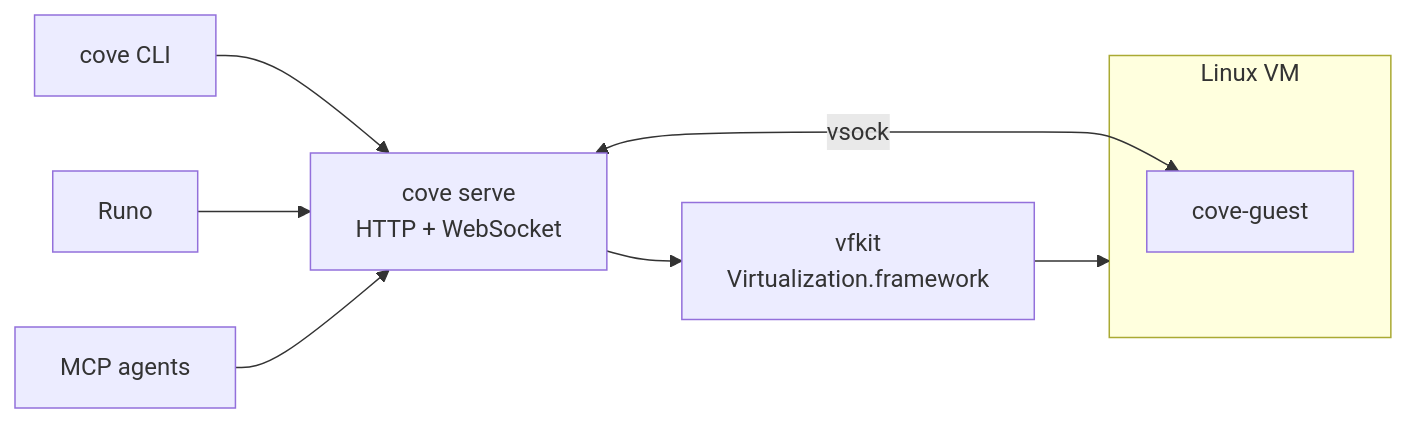
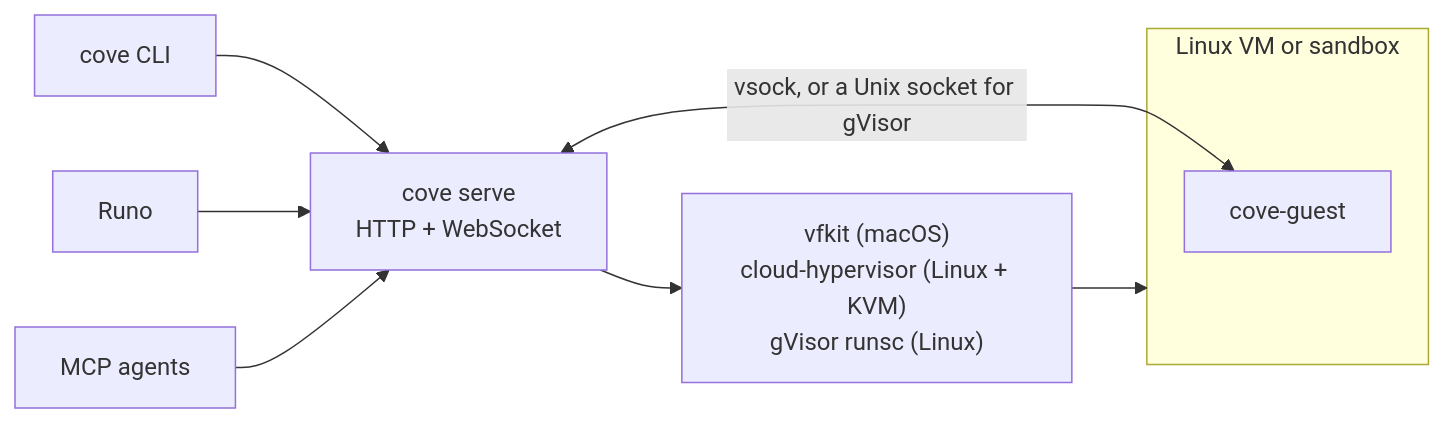
Before and after one commit to deltalark/cove: the diagram in README.md, drawn with Mermaid. The commit also changed other lines of this file and 24 other files, not shown here.

First line of the commit message:
Linux backends (KVM and gVisor), one-line install, and what Runo Connections needs (#3)

````diff
--- a/README.md
+++ b/README.md
@@ -137,12 +215,12 @@
 ```mermaid
 flowchart LR
     CLI["cove CLI"] --> S
     Runo["Runo"] --> S
     MCP["MCP agents"] --> S
-    S["cove serve<br/>HTTP + WebSocket"] --> V["vfkit<br/>Virtualization.framework"]
+    S["cove serve<br/>HTTP + WebSocket"] --> V["vfkit (macOS)<br/>cloud-hypervisor (Linux + KVM)<br/>gVisor runsc (Linux)"]
     V --> VM
-    subgraph VM["Linux VM"]
+    subgraph VM["Linux VM or sandbox"]
         G["cove-guest"]
     end
-    S <-- "vsock" --> G
+    S <-- "vsock, or a Unix socket for gVisor" --> G
 ```
````
